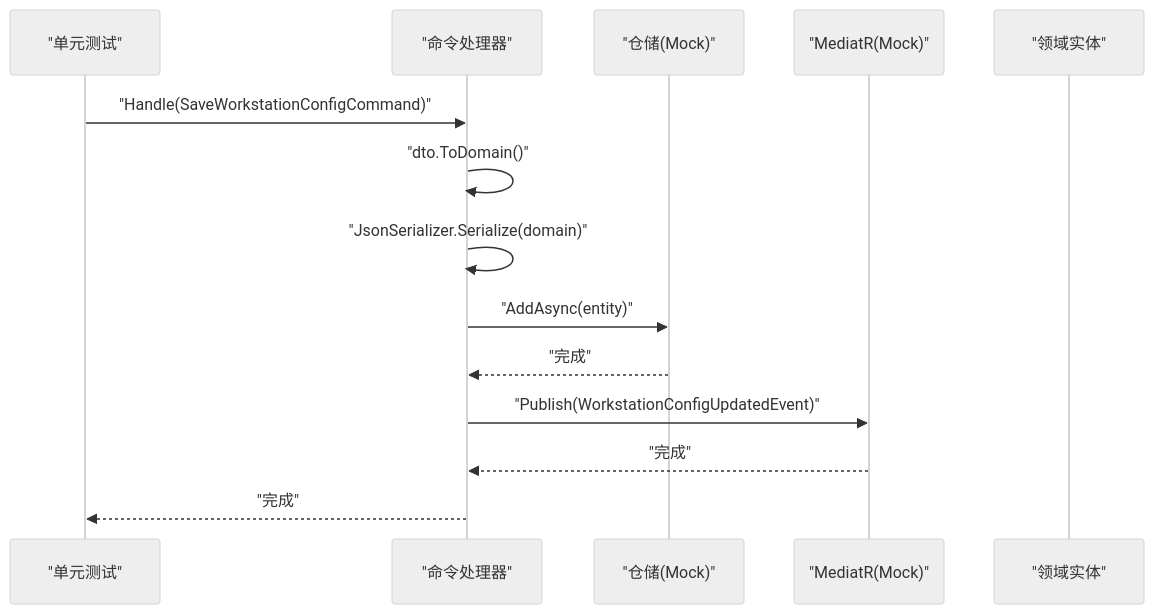
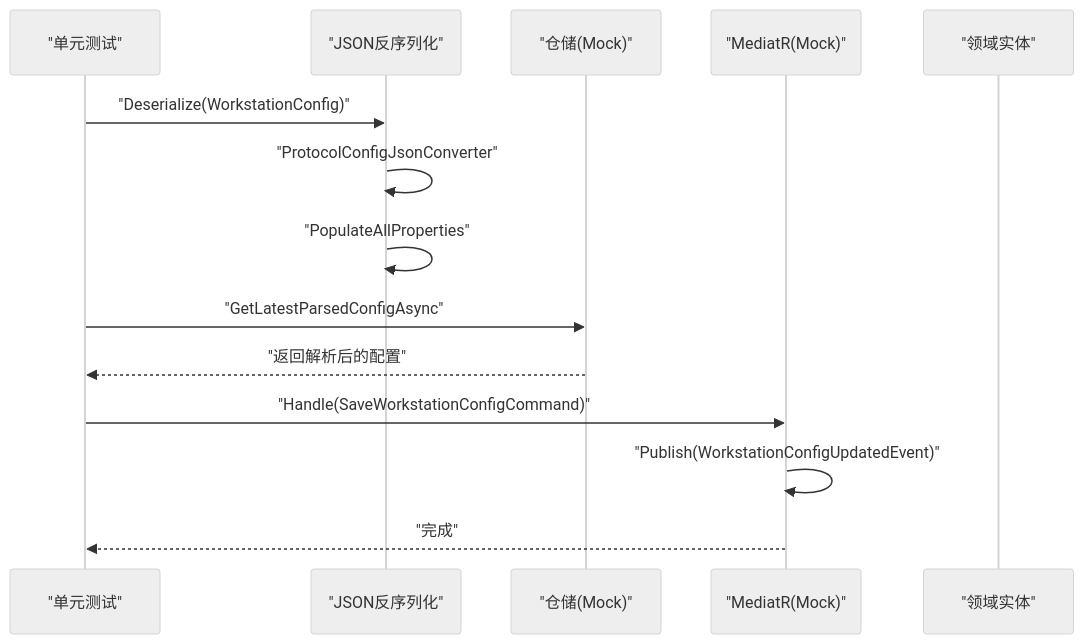
The second of 5 diagrams in .qoder/repowiki/zh/content/测试策略/单元测试.md (whitemousetl/IndustrialDataSolution), drawn with Mermaid (neutral theme) before and after one commit. The commit also changed other lines of this file and 18 other files, not shown here.

````diff
--- a/.qoder/repowiki/zh/content/测试策略/单元测试.md
+++ b/.qoder/repowiki/zh/content/测试策略/单元测试.md
@@ -118,16 +119,16 @@
 ```mermaid
 sequenceDiagram
 participant UT as "单元测试"
-participant CMD as "命令处理器"
+participant JSON as "JSON反序列化"
 participant REPO as "仓储(Mock)"
 participant MED as "MediatR(Mock)"
 participant ENT as "领域实体"
-UT->>CMD : "Handle(SaveWorkstationConfigCommand)"
-CMD->>CMD : "dto.ToDomain()"
-CMD->>CMD : "JsonSerializer.Serialize(domain)"
-CMD->>REPO : "AddAsync(entity)"
-REPO-->>CMD : "完成"
-CMD->>MED : "Publish(WorkstationConfigUpdatedEvent)"
-MED-->>CMD : "完成"
-CMD-->>UT : "完成"
+UT->>JSON : "Deserialize(WorkstationConfig)"
+JSON->>JSON : "ProtocolConfigJsonConverter"
+JSON->>JSON : "PopulateAllProperties"
+UT->>REPO : "GetLatestParsedConfigAsync"
+REPO-->>UT : "返回解析后的配置"
+UT->>MED : "Handle(SaveWorkstationConfigCommand)"
+MED->>MED : "Publish(WorkstationConfigUpdatedEvent)"
+MED-->>UT : "完成"
 ```
````
